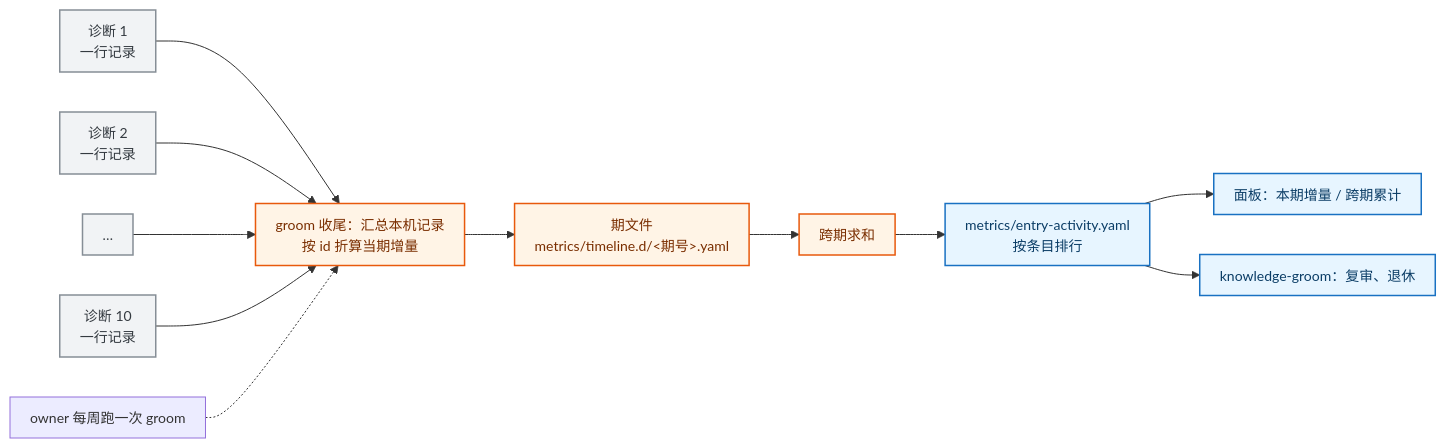
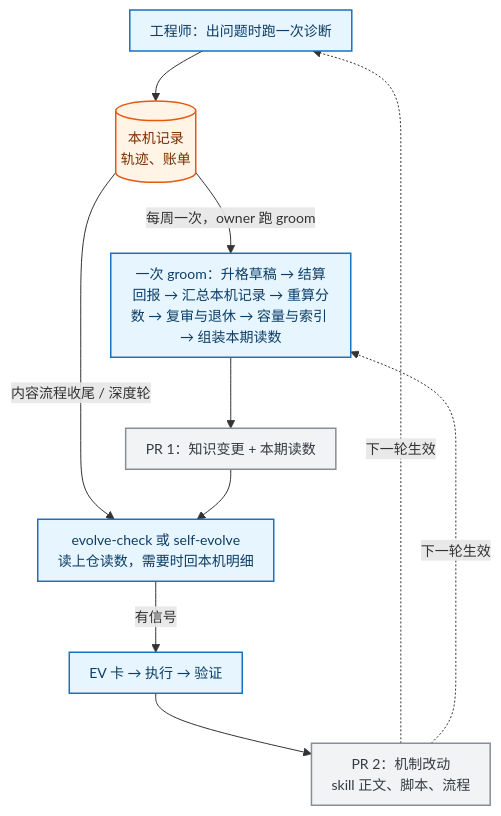
One commit to Bowen-Leee/ascend-sleuth changed the second of 4 diagrams in docs/mechanism/diagnosis-observability.md. Above: the diagram before and after it, drawn with Mermaid. The commit also changed other lines of this file, not shown here.

First line of the commit message:
docs(机制): 写清触发顺序：一次 groom 七步、两条 PR 流

````diff
--- a/docs/mechanism/diagnosis-observability.md
+++ b/docs/mechanism/diagnosis-observability.md
@@ -145,21 +136,20 @@
 ```mermaid
 %%{init: {'themeVariables':{'fontSize':'14px'},'flowchart':{'curve':'basis','nodeSpacing':40,'rankSpacing':50,'padding':10}}}%%
-flowchart LR
-    E1["诊断 1<br/>一行记录"] --> SUM
-    E2["诊断 2<br/>一行记录"] --> SUM
-    E3["…"] --> SUM
-    E10["诊断 10<br/>一行记录"] --> SUM
-    G0["owner 每周跑一次 groom"] -.-> SUM
-    SUM["groom 收尾：汇总本机记录<br/>按 id 折算当期增量"] --> SRC["期文件<br/>metrics/timeline.d/&lt;期号&gt;.yaml"]
-    SRC --> AGG["跨期求和"]
-    AGG --> RANK["metrics/entry-activity.yaml<br/>按条目排行"]
-    RANK --> PANEL["面板：本期增量 / 跨期累计"]
-    RANK --> GR["knowledge-groom：复审、退休"]
+flowchart TB
+    D1["工程师：出问题时跑一次诊断"] --> L[("本机记录<br/>轨迹、账单")]
+    L -->|"每周一次，owner 跑 groom"| G1["一次 groom：升格草稿 → 结算回报 → 汇总本机记录 → 重算分数 → 复审与退休 → 容量与索引 → 组装本期读数"]
+    G1 --> P1["PR 1：知识变更 + 本期读数"]
+    L -->|"内容流程收尾 / 深度轮"| V1["evolve-check 或 self-evolve<br/>读上仓读数，需要时回本机明细"]
+    P1 --> V1
+    V1 -->|"有信号"| V2["EV 卡 → 执行 → 验证"]
+    V2 --> P2["PR 2：机制改动<br/>skill 正文、脚本、流程"]
+    P2 -.->|"下一轮生效"| D1
+    P2 -.->|"下一轮生效"| G1
 
-    classDef local fill:#f1f3f5,stroke:#868e96,stroke-width:1.5px,color:#343a40
-    classDef src fill:#fff4e6,stroke:#e8590c,stroke-width:1.5px,color:#7a2e00
-    classDef out fill:#e7f5ff,stroke:#1971c2,stroke-width:1.5px,color:#0b3d66
-    class E1,E2,E3,E10 local
-    class SUM,SRC,AGG src
-    class RANK,PANEL,GR out
+    classDef human fill:#e7f5ff,stroke:#1971c2,stroke-width:1.5px,color:#0b3d66
+    classDef store fill:#fff4e6,stroke:#e8590c,stroke-width:1.5px,color:#7a2e00
+    classDef pr fill:#f1f3f5,stroke:#868e96,stroke-width:1.5px,color:#343a40
+    class D1,G1,V1,V2 human
+    class L store
+    class P1,P2 pr
 ```
````
